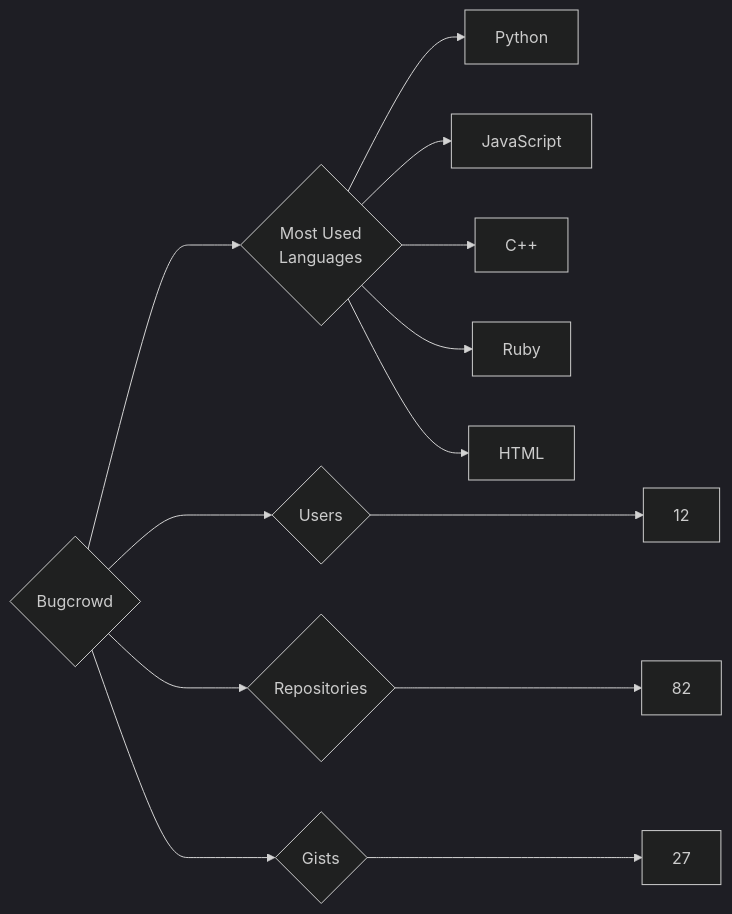
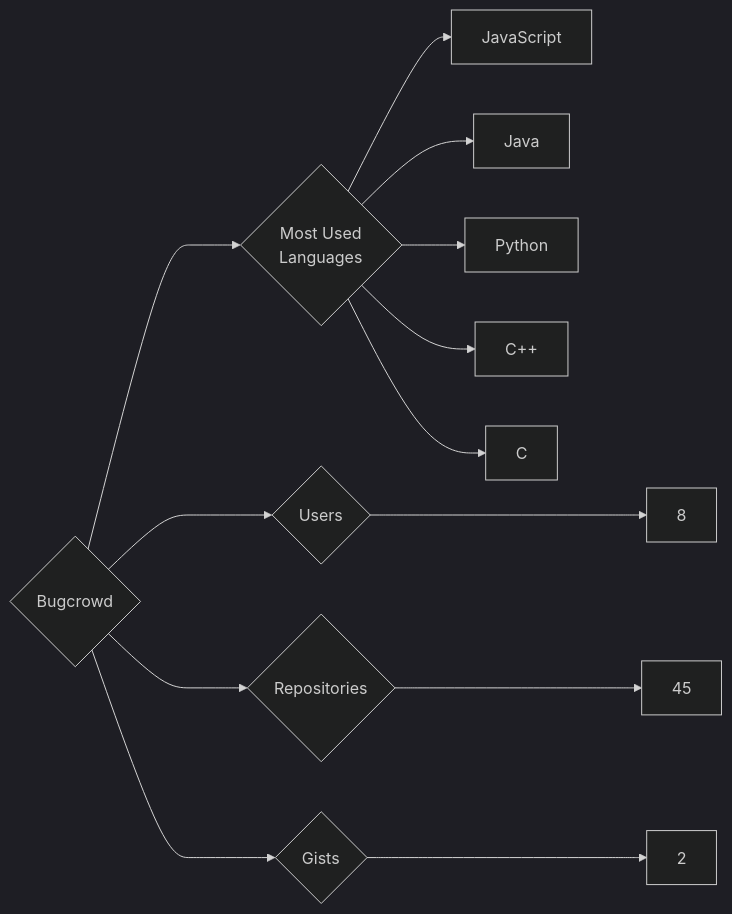
Before and after one commit to trickest/insiders: the diagram in targets/Bugcrowd/README.md, drawn with Mermaid (dark theme). The commit also changed 934 other files, not shown here.

````diff
--- a/targets/Bugcrowd/README.md
+++ b/targets/Bugcrowd/README.md
@@ -3,13 +3,13 @@
 ```mermaid
 graph LR
 COMPANY_NAME{Bugcrowd}
-COMPANY_NAME ---> U{Users} ---> UN[12]
-COMPANY_NAME ---> R{Repositories} ---> RN[82]
-COMPANY_NAME ---> G{Gists} ---> GN[27]
+COMPANY_NAME ---> U{Users} ---> UN[8]
+COMPANY_NAME ---> R{Repositories} ---> RN[45]
+COMPANY_NAME ---> G{Gists} ---> GN[2]
 COMPANY_NAME ---> ML{Most Used<br>Languages}
+ML --> JavaScript[JavaScript]
+ML --> Java[Java]
 ML --> Python[Python]
-ML --> JavaScript[JavaScript]
 ML --> C++[C++]
-ML --> Ruby[Ruby]
-ML --> HTML[HTML]
+ML --> C[C]
 ```
````
